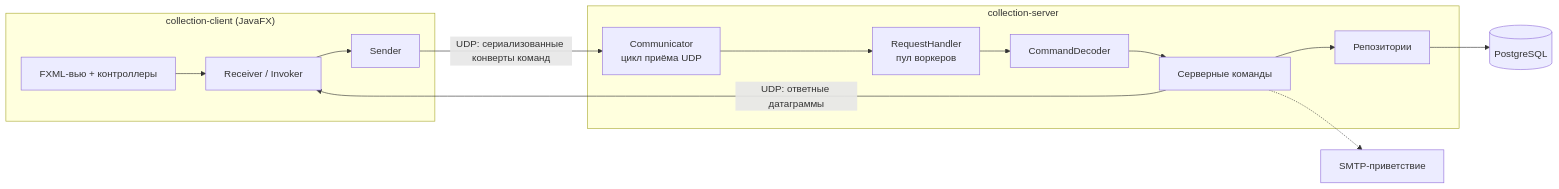
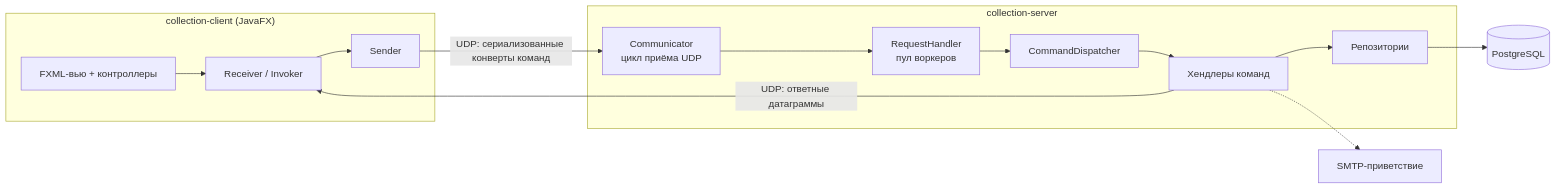
One commit to Ali-Alibekovich/collection-management-application changed the diagram in README.ru.md. Above: the diagram before and after it, drawn with Mermaid. The commit also changed 1 other file, not shown here.

Commit message:
docs: reflect the dispatcher in the architecture diagrams

````diff
--- a/README.ru.md
+++ b/README.ru.md
@@ -35,16 +35,16 @@
 ```mermaid
 flowchart LR
     subgraph client["collection-client (JavaFX)"]
         UI[FXML-вью + контроллеры] --> Core[Receiver / Invoker]
         Core --> SenderN[Sender]
     end
     subgraph server["collection-server"]
         Comm[Communicator<br/>цикл приёма UDP] --> Handler[RequestHandler<br/>пул воркеров]
-        Handler --> Decoder[CommandDecoder] --> Cmds[Серверные команды]
+        Handler --> Dispatcher[CommandDispatcher] --> Cmds[Хендлеры команд]
         Cmds --> Repos[Репозитории]
     end
     SenderN -- "UDP: сериализованные конверты команд" --> Comm
     Cmds -- "UDP: ответные датаграммы" --> Core
     Repos --> PG[(PostgreSQL)]
     Cmds -.-> Mail[SMTP-приветствие]
 ```
````
